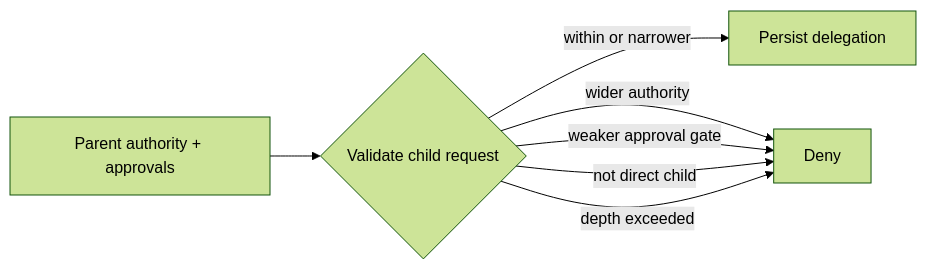
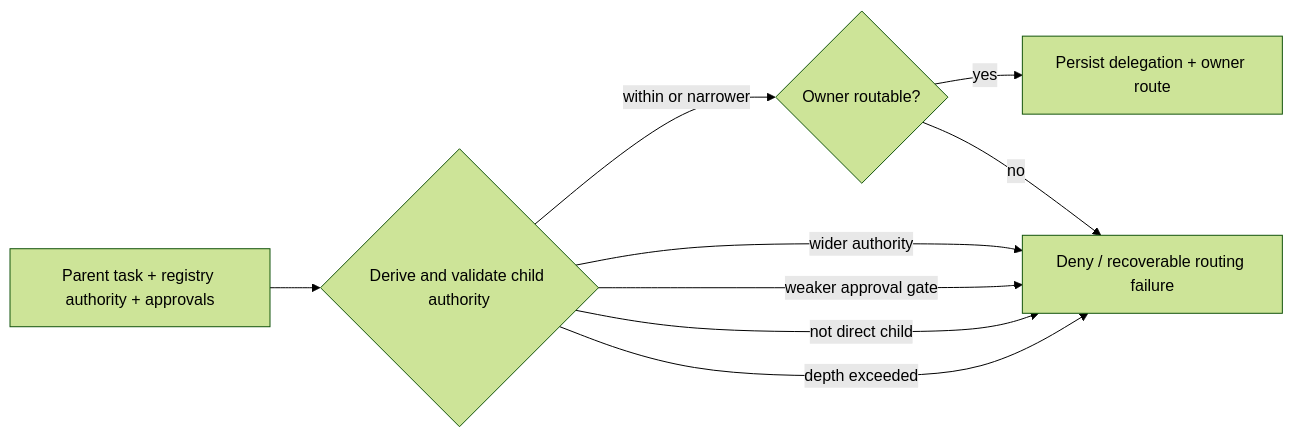
The fourth of 4 diagrams in docs/delegation-model.md (mkleinbe/mesh-ai-agent-cos-universe), drawn with Mermaid (forest theme) before and after one commit. The commit also changed other lines of this file, not shown here.

Commit message:
docs: make delegation a closed-loop owner execution protocol

````diff
--- a/docs/delegation-model.md
+++ b/docs/delegation-model.md
@@ -44,9 +109,11 @@
 ```mermaid
 flowchart LR
-    P[Parent authority + approvals] --> V{Validate child request}
-    V -->|within or narrower| D[Persist delegation]
-    V -->|wider authority| X[Deny]
+    P[Parent task + registry authority + approvals] --> V{Derive and validate child authority}
+    V -->|within or narrower| R{Owner routable?}
+    R -->|yes| D[Persist delegation + owner route]
+    R -->|no| X[Deny / recoverable routing failure]
+    V -->|wider authority| X
     V -->|weaker approval gate| X
     V -->|not direct child| X
     V -->|depth exceeded| X
 ```
````
